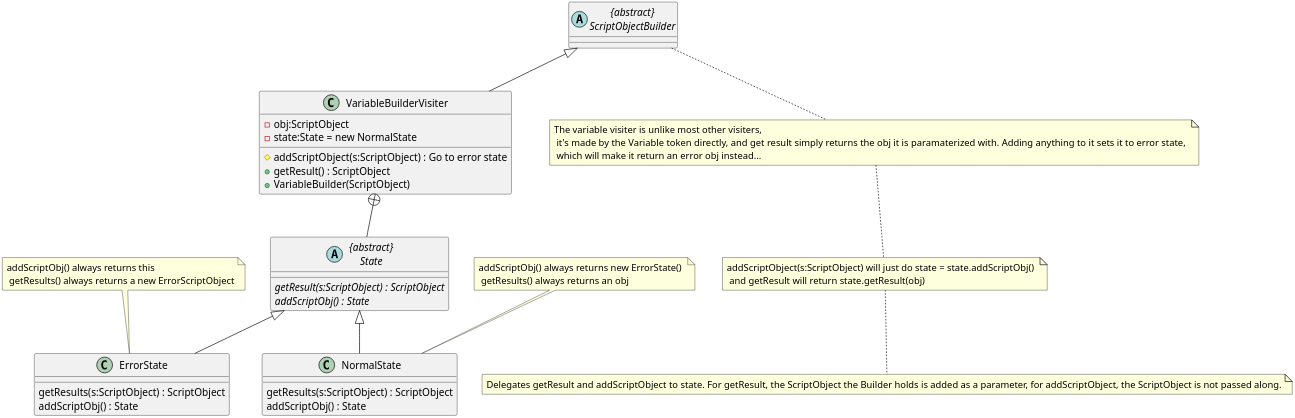
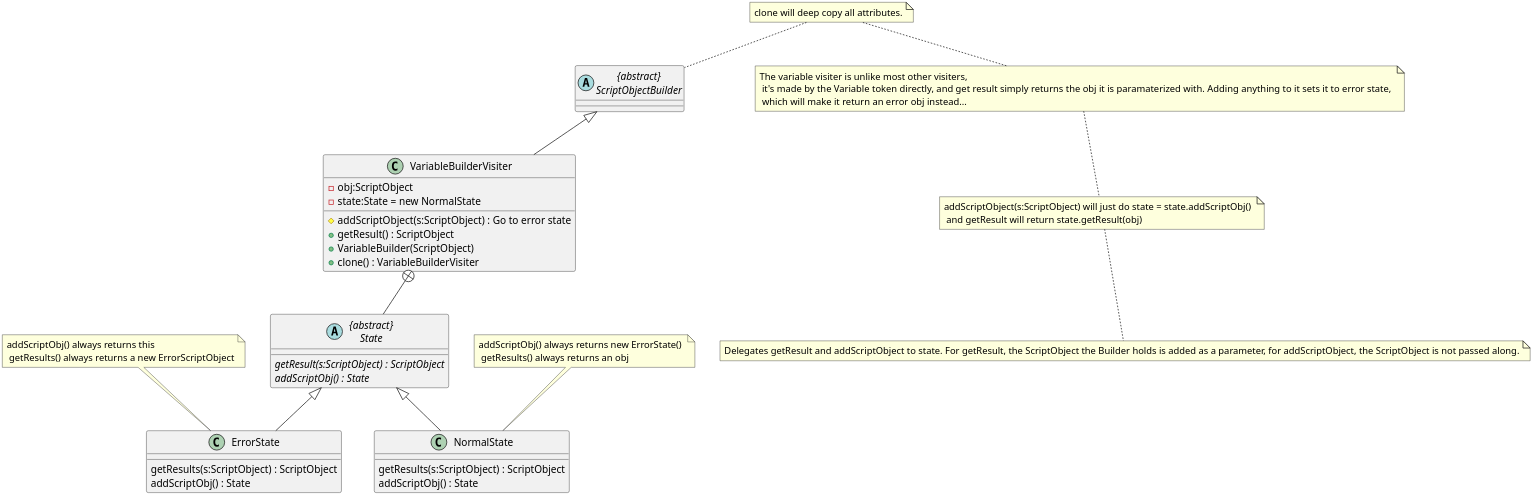
The diagram in Builder/Variablebuilder.org (MatthewBregg/DesignPatternsRepo), drawn with PlantUML before and after one commit. The commit also changed 20 other files, not shown here.

```diff
--- a/Builder/Variablebuilder.org
+++ b/Builder/Variablebuilder.org
@@ -1,40 +1,42 @@
   #+BEGIN_SRC plantuml :file Variablebuilder.png
 skinparam dpi 300
 class VariableBuilderVisiter
 
 abstract class ScriptObjectBuilder as "{abstract}\nScriptObjectBuilder"
 
 ScriptObjectBuilder <|-- VariableBuilderVisiter
 
 VariableBuilderVisiter : #addScriptObject(s:ScriptObject) : Go to error state
 VariableBuilderVisiter : +getResult() : ScriptObject 
 VariableBuilderVisiter : -obj:ScriptObject
 VariableBuilderVisiter : -state:State = new NormalState
 VariableBuilderVisiter : +VariableBuilder(ScriptObject)
+VariableBuilderVisiter : +clone() : VariableBuilderVisiter
+note top : clone will deep copy all attributes.
 
 note bottom : The variable visiter is unlike most other visiters,\n it's made by the Variable token directly, and get result simply returns the obj it is paramaterized with. Adding anything to it sets it to error state, \n which will make it return an error obj instead...
 note bottom : addScriptObject(s:ScriptObject) will just do state = state.addScriptObj() \n and getResult will return state.getResult(obj)
 note bottom : Delegates getResult and addScriptObject to state. For getResult, the ScriptObject the Builder holds is added as a parameter, for addScriptObject, the ScriptObject is not passed along. 
 
 abstract class State as "{abstract}\nState"
 State : {abstract}getResult(s:ScriptObject) : ScriptObject
 State : {abstract}addScriptObj() : State
 
 VariableBuilderVisiter +-- State
 
 class ErrorState 
 ErrorState : getResults(s:ScriptObject) : ScriptObject
 ErrorState : addScriptObj() : State 
 
 note top : addScriptObj() always returns this \n getResults() always returns a new ErrorScriptObject
 
 class NormalState 
 NormalState : getResults(s:ScriptObject) : ScriptObject
 NormalState : addScriptObj() : State 
 
 State <|-- ErrorState
 State <|-- NormalState
 
 note top : addScriptObj() always returns new ErrorState() \n getResults() always returns an obj
 
   #+END_SRC
```
